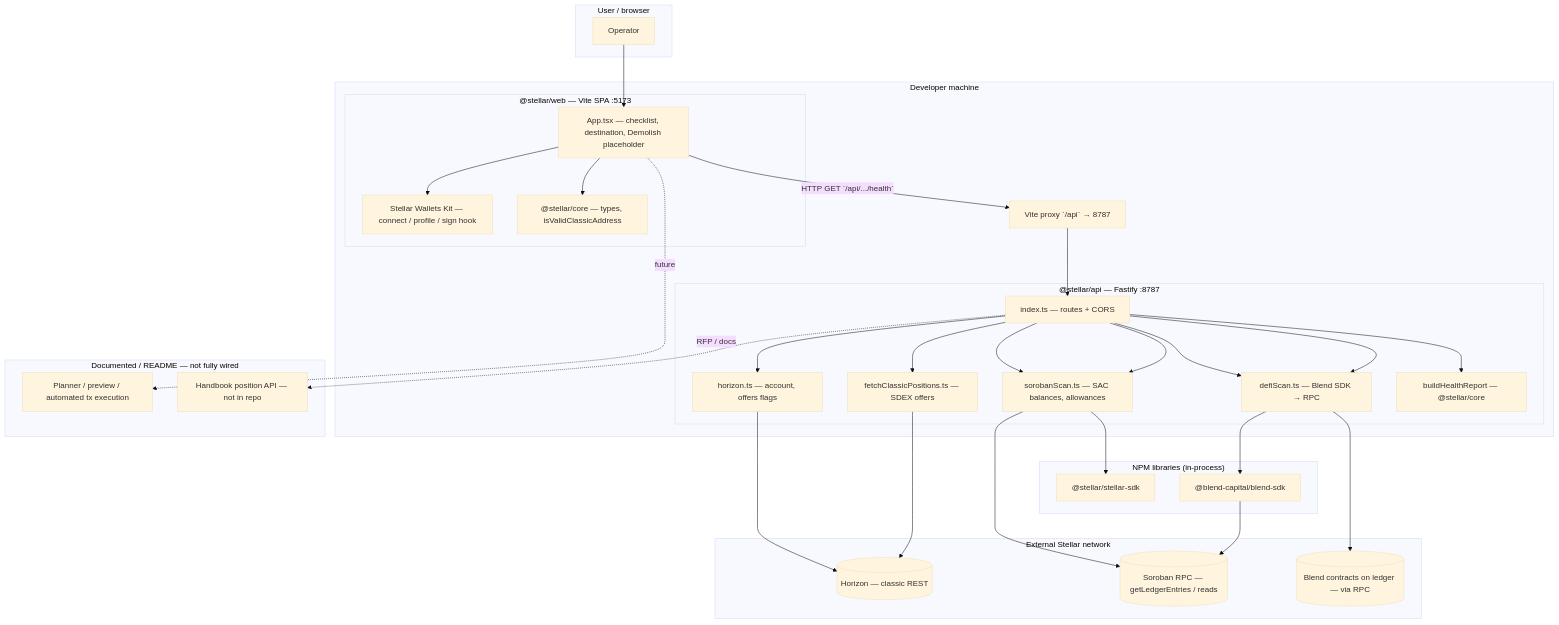
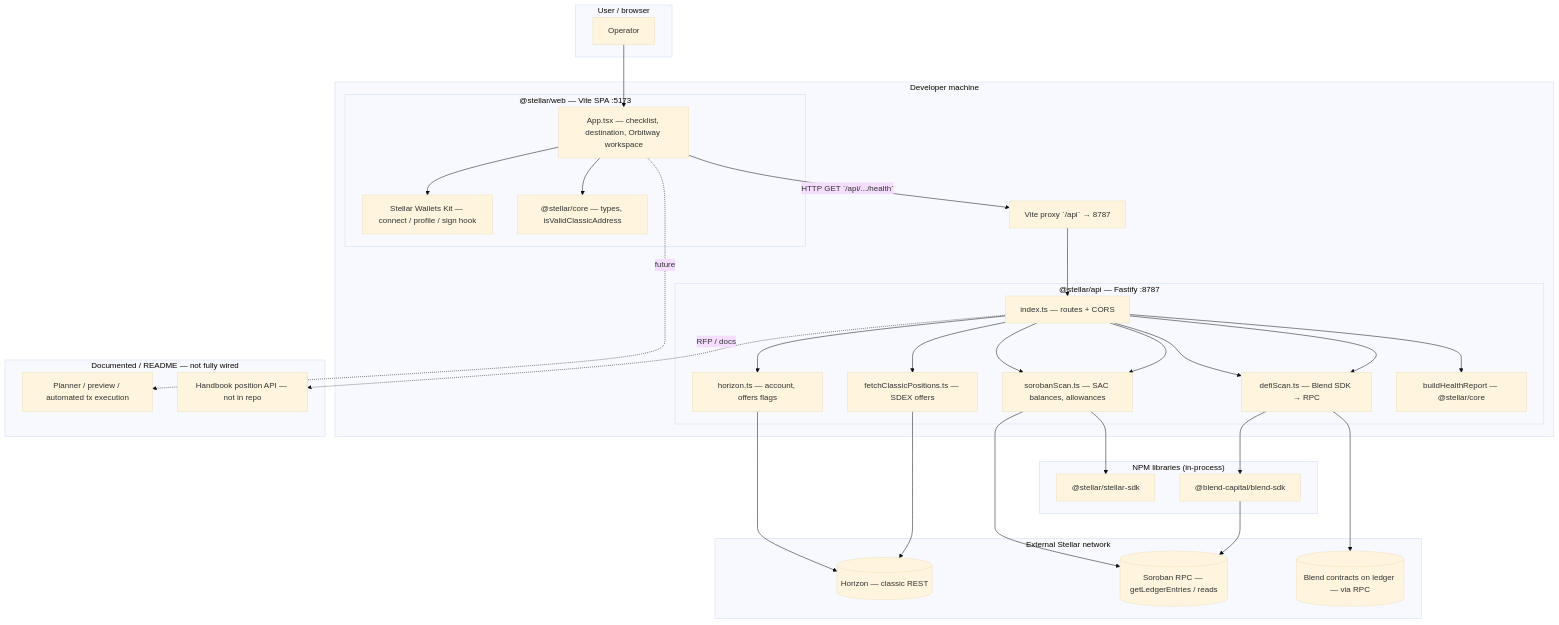
The first of 2 diagrams in docs/ARCHITECTURE_DIAGRAMS.md (streamnft-tech/account_demolisher), drawn with Mermaid (base theme) before and after one commit. The commit also changed other lines of this file and 6 other files, not shown here.

Commit message:
Rebrand app and docs to Orbitway

````diff
--- a/docs/ARCHITECTURE_DIAGRAMS.md
+++ b/docs/ARCHITECTURE_DIAGRAMS.md
@@ -13,56 +13,56 @@
 ```mermaid
 flowchart TB
   subgraph User["User / browser"]
     U[Operator]
   end
 
   subgraph DevHost["Developer machine"]
     subgraph Web["@stellar/web — Vite SPA :5173"]
-      UI[App.tsx — checklist, destination, Demolish placeholder]
+      UI[App.tsx — checklist, destination, Orbitway workspace]
       WK[Stellar Wallets Kit — connect / profile / sign hook]
       CoreC["@stellar/core — types, isValidClassicAddress"]
     end
     subgraph API["@stellar/api — Fastify :8787"]
       IDX[index.ts — routes + CORS]
       HZ[horizon.ts — account, offers flags]
       FC[fetchClassicPositions.ts — SDEX offers]
       SB[sorobanScan.ts — SAC balances, allowances]
       DF[defiScan.ts — Blend SDK → RPC]
       CORE[buildHealthReport — @stellar/core]
     end
     PROXY[Vite proxy `/api` → 8787]
   end
 
   subgraph Ext["External Stellar network"]
     H[(Horizon — classic REST)]
     R[(Soroban RPC — getLedgerEntries / reads)]
     BC[(Blend contracts on ledger — via RPC)]
   end
 
   subgraph Deps["NPM libraries (in-process)"]
     SKD["@stellar/stellar-sdk"]
     BLEND["@blend-capital/blend-sdk"]
   end
 
   subgraph Planned["Documented / README — not fully wired"]
     PL[Planner / preview / automated tx execution]
     POS["Handbook position API — not in repo"]
   end
 
   U --> UI
   UI --> WK
   UI --> CoreC
   UI -->|HTTP GET `/api/.../health`| PROXY
   PROXY --> IDX
 
   IDX --> HZ --> H
   IDX --> FC --> H
   IDX --> SB --> R
   IDX --> SB --> SKD
   IDX --> DF --> BLEND --> R
   IDX --> DF --> BC
   IDX --> CORE
 
   UI -.->|future| PL
   IDX -.->|RFP / docs| POS
 ```
````
